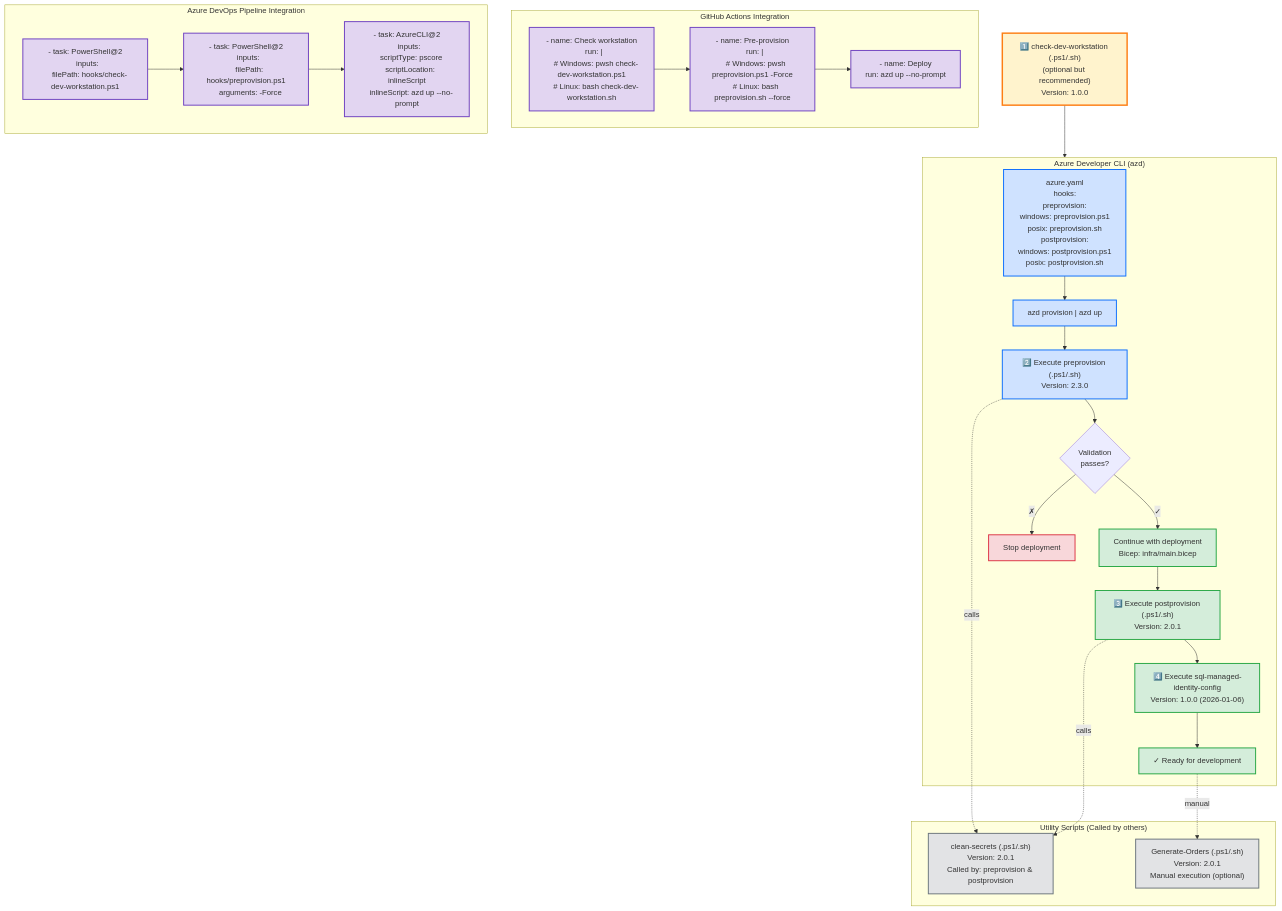
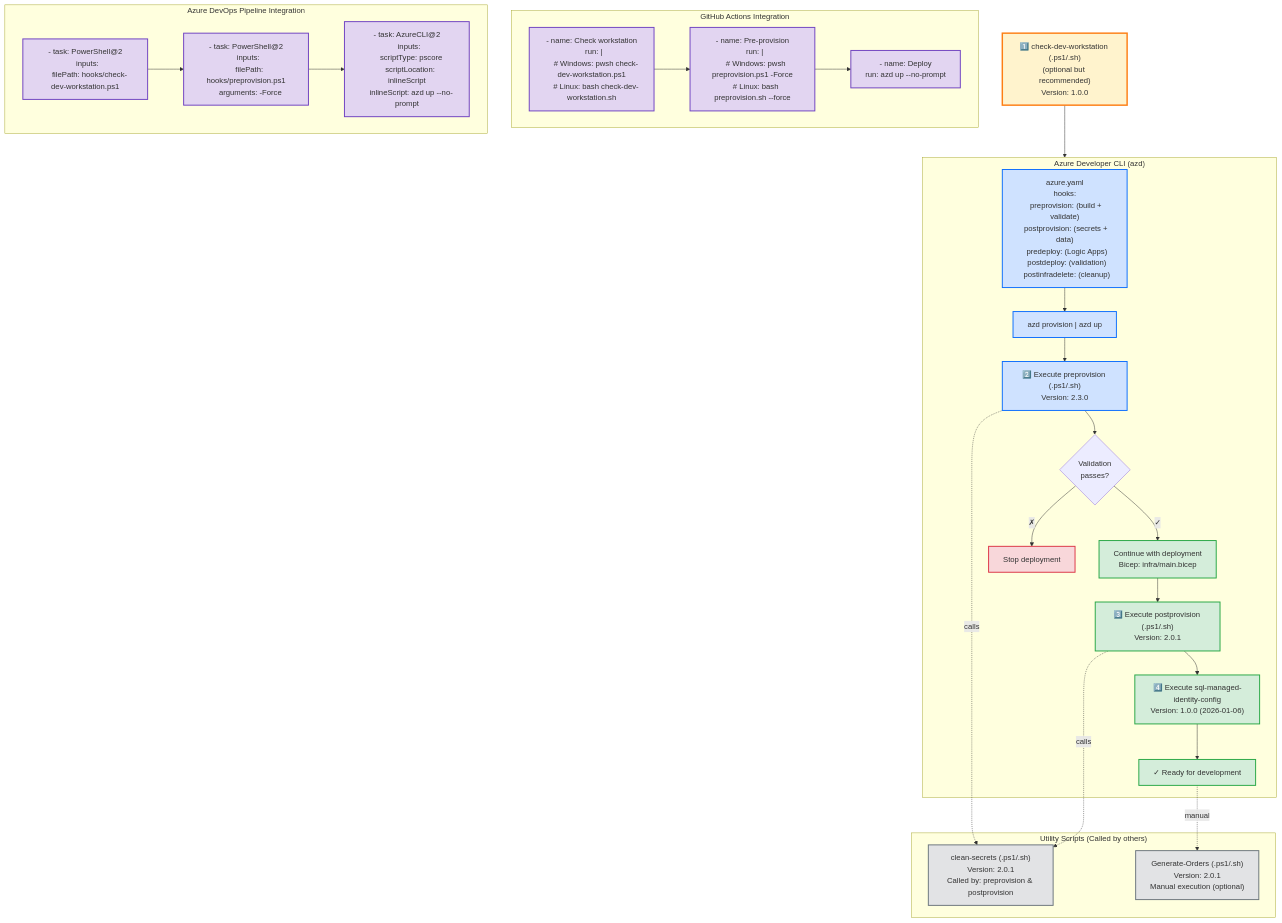
One commit to Evilazaro/Azure-LogicApps-Monitoring changed the sixth of 7 diagrams in docs/hooks/VALIDATION-WORKFLOW.md. Above: the diagram before and after it, drawn with Mermaid. The commit also changed other lines of this file and 2 other files, not shown here.

Commit message:
Enhance README and workflow documentation with detailed lifecycle hooks, build and test validation steps, and improved deployment scripts for Azure Logic Apps Monitoring solution

````diff
--- a/docs/hooks/VALIDATION-WORKFLOW.md
+++ b/docs/hooks/VALIDATION-WORKFLOW.md
@@ -376,56 +376,56 @@
 ```mermaid
 flowchart TD
     CheckDev["1️⃣ check-dev-workstation (.ps1/.sh)<br/>(optional but recommended)<br/>Version: 1.0.0"]
     CheckDev --> AZD
 
     subgraph AZD["Azure Developer CLI (azd)"]
-        AzdYaml["azure.yaml<br/>hooks:<br/>  preprovision:<br/>    windows: preprovision.ps1<br/>    posix: preprovision.sh<br/>  postprovision:<br/>    windows: postprovision.ps1<br/>    posix: postprovision.sh"]
+        AzdYaml["azure.yaml<br/>hooks:<br/>  preprovision: (build + validate)<br/>  postprovision: (secrets + data)<br/>  predeploy: (Logic Apps)<br/>  postdeploy: (validation)<br/>  postinfradelete: (cleanup)"]
         AzdYaml --> AzdCmd["azd provision | azd up"]
         AzdCmd --> Execute["2️⃣ Execute preprovision (.ps1/.sh)<br/>Version: 2.3.0"]
         Execute --> Validate{Validation<br/>passes?}
         Validate -->|✓| Deploy["Continue with deployment<br/>Bicep: infra/main.bicep"]
         Deploy --> Post["3️⃣ Execute postprovision (.ps1/.sh)<br/>Version: 2.0.1"]
         Post --> SqlConfig["4️⃣ Execute sql-managed-identity-config<br/>Version: 1.0.0 (2026-01-06)"]
         SqlConfig --> Ready["✓ Ready for development"]
         Validate -->|✗| Stop["Stop deployment"]
     end
 
     subgraph Utilities["Utility Scripts (Called by others)"]
         CleanSec["clean-secrets (.ps1/.sh)<br/>Version: 2.0.1<br/>Called by: preprovision & postprovision"]
         GenOrd["Generate-Orders (.ps1/.sh)<br/>Version: 2.0.1<br/>Manual execution (optional)"]
     end
 
     subgraph GitHub["GitHub Actions Integration"]
         GHAction1["- name: Check workstation<br/>  run: |<br/>    # Windows: pwsh check-dev-workstation.ps1<br/>    # Linux: bash check-dev-workstation.sh"]
         GHAction2["- name: Pre-provision<br/>  run: |<br/>    # Windows: pwsh preprovision.ps1 -Force<br/>    # Linux: bash preprovision.sh --force"]
         GHAction3["- name: Deploy<br/>  run: azd up --no-prompt"]
         GHAction1 --> GHAction2
         GHAction2 --> GHAction3
     end
 
     subgraph AzureDevOps["Azure DevOps Pipeline Integration"]
         ADOTask1["- task: PowerShell@2<br/>  inputs:<br/>    filePath: hooks/check-dev-workstation.ps1"]
         ADOTask2["- task: PowerShell@2<br/>  inputs:<br/>    filePath: hooks/preprovision.ps1<br/>    arguments: -Force"]
         ADOTask3["- task: AzureCLI@2<br/>  inputs:<br/>    scriptType: pscore<br/>    scriptLocation: inlineScript<br/>    inlineScript: azd up --no-prompt"]
         ADOTask1 --> ADOTask2
         ADOTask2 --> ADOTask3
     end
 
     Execute -.calls.-> CleanSec
     Post -.calls.-> CleanSec
     Ready -.manual.-> GenOrd
 
     classDef devClass fill:#fff3cd,stroke:#fd7e14,stroke-width:3px
     classDef azdClass fill:#cfe2ff,stroke:#0d6efd,stroke-width:2px
     classDef ciClass fill:#e2d5f1,stroke:#6f42c1,stroke-width:2px
     classDef successClass fill:#d4edda,stroke:#28a745,stroke-width:2px
     classDef failClass fill:#f8d7da,stroke:#dc3545,stroke-width:2px
     classDef utilClass fill:#e2e3e5,stroke:#6c757d,stroke-width:2px
 
     class CheckDev devClass
     class AzdYaml,AzdCmd,Execute azdClass
     class GHAction1,GHAction2,GHAction3,ADOTask1,ADOTask2,ADOTask3 ciClass
     class Deploy,Post,SqlConfig,Ready successClass
     class Stop failClass
     class CleanSec,GenOrd utilClass
 ```
````
